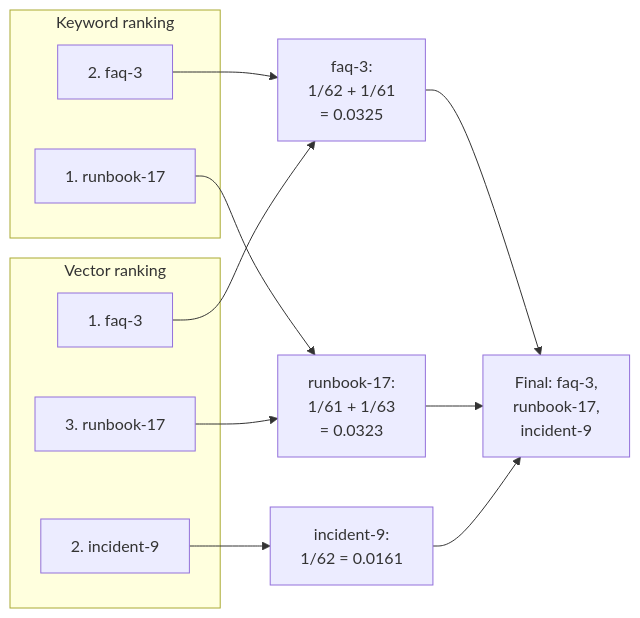
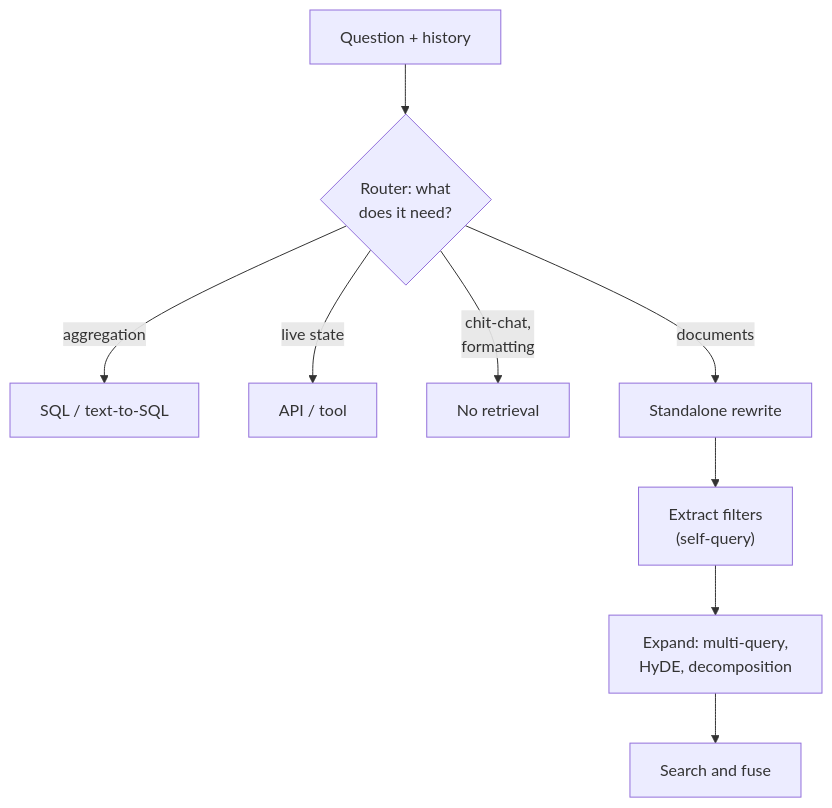
The fifth of 7 diagrams in src/Data/aiStackDocs/CH-03.md (shubamchaudhary/CodeNITW), drawn with Mermaid before and after one commit. The commit also changed other lines of this file and 52 other files, not shown here.

````diff
--- a/src/Data/aiStackDocs/CH-03.md
+++ b/src/Data/aiStackDocs/CH-03.md
@@ -164,20 +157,11 @@
 ```mermaid
-flowchart LR
-    subgraph KW["Keyword ranking"]
-        K1["1. runbook-17"]
-        K2["2. faq-3"]
-    end
-    subgraph VS["Vector ranking"]
-        V1["1. faq-3"]
-        V2["2. incident-9"]
-        V3["3. runbook-17"]
-    end
-    K1 --> S1["runbook-17:<br/>1/61 + 1/63<br/>= 0.0323"]
-    V3 --> S1
-    K2 --> S2["faq-3:<br/>1/62 + 1/61<br/>= 0.0325"]
-    V1 --> S2
-    V2 --> S3["incident-9:<br/>1/62 = 0.0161"]
-    S2 --> OUT["Final: faq-3,<br/>runbook-17,<br/>incident-9"]
-    S1 --> OUT
-    S3 --> OUT
+flowchart TD
+    Q["Question + history"] --> RT{"Router: what<br/>does it need?"}
+    RT -->|"aggregation"| SQL["SQL / text-to-SQL"]
+    RT -->|"live state"| API["API / tool"]
+    RT -->|"chit-chat,<br/>formatting"| NONE["No retrieval"]
+    RT -->|"documents"| SA["Standalone rewrite"]
+    SA --> SQ["Extract filters<br/>(self-query)"]
+    SQ --> EX["Expand: multi-query,<br/>HyDE, decomposition"]
+    EX --> SR["Search and fuse"]
 ```
````
